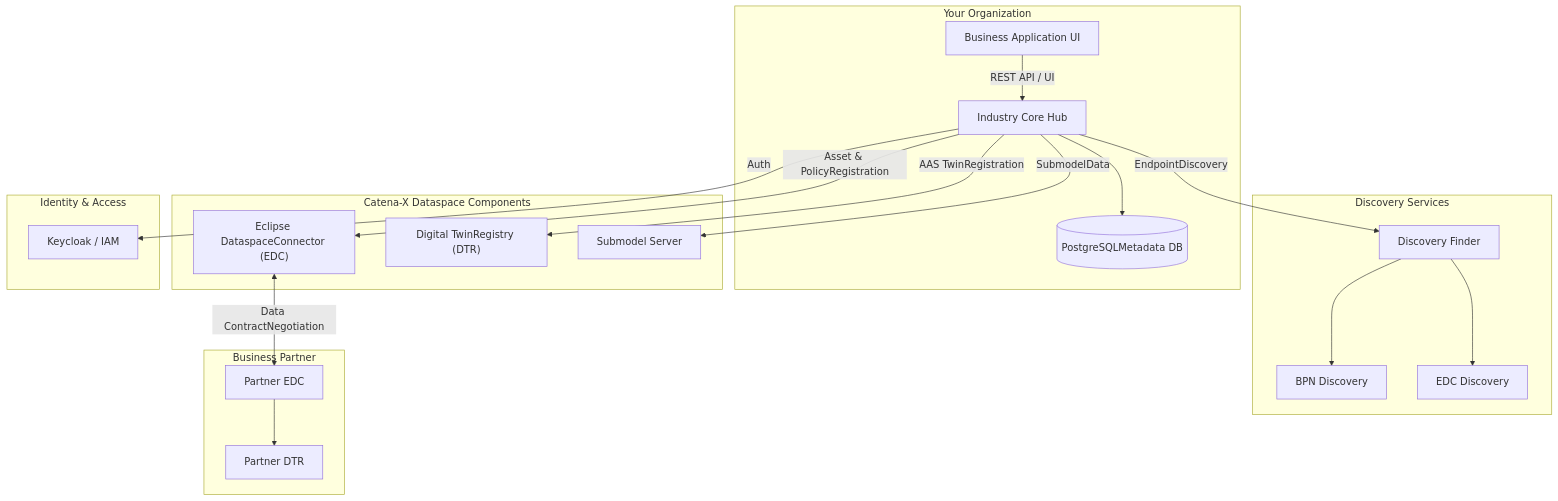
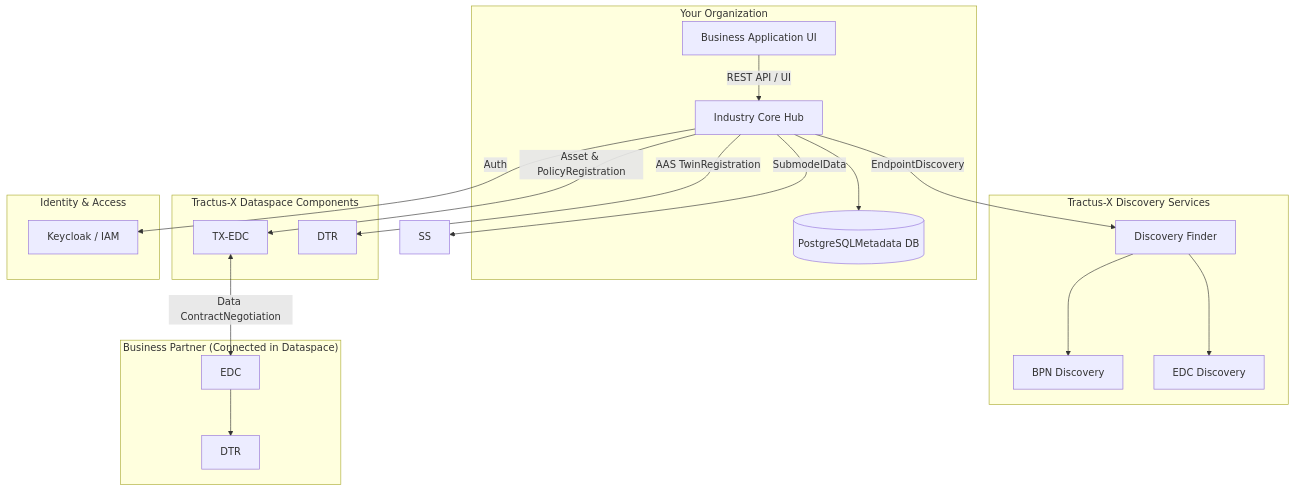
One commit to jalvaro-lks/industry-core-hub changed the first of 7 diagrams in README.md. Above: the diagram before and after it, drawn with Mermaid.

Commit message:
docs: updated terminology

````diff
--- a/README.md
+++ b/README.md
@@ -116,41 +116,40 @@
 ```mermaid
 graph TB
     subgraph "Your Organization"
         APP["Business Application UI"]
         ICH["Industry Core Hub"]
         DB[("PostgreSQLMetadata DB")]
     end
 
-    subgraph "Catena-X Dataspace Components"
-        EDC["Eclipse DataspaceConnector (EDC)"]
-        DTR["Digital TwinRegistry (DTR)"]
-        SS["Submodel Server"]
+    subgraph "Tractus-X Dataspace Components"
+        EDC["TX-EDC"]
+        DTR["DTR"]
     end
 
-    subgraph "Discovery Services"
+    subgraph "Tractus-X Discovery Services"
         DF["Discovery Finder"]
         BPND["BPN Discovery"]
         EDCD["EDC Discovery"]
     end
 
     subgraph "Identity & Access"
         KC["Keycloak / IAM"]
     end
 
-    subgraph "Business Partner"
-        PEDC["Partner EDC"]
-        PDTR["Partner DTR"]
+    subgraph "Business Partner (Connected in Dataspace)"
+        PEDC["EDC"]
+        PDTR["DTR"]
     end
 
     APP -- "REST API / UI" --> ICH
     ICH --> DB
     ICH -- "Asset & PolicyRegistration" --> EDC
     ICH -- "AAS TwinRegistration" --> DTR
     ICH -- "SubmodelData" --> SS
     ICH -- "EndpointDiscovery" --> DF
     DF --> BPND
     DF --> EDCD
     ICH -- "Auth" --> KC
     EDC <-- "Data ContractNegotiation" --> PEDC
     PEDC --> PDTR
 ```
````
